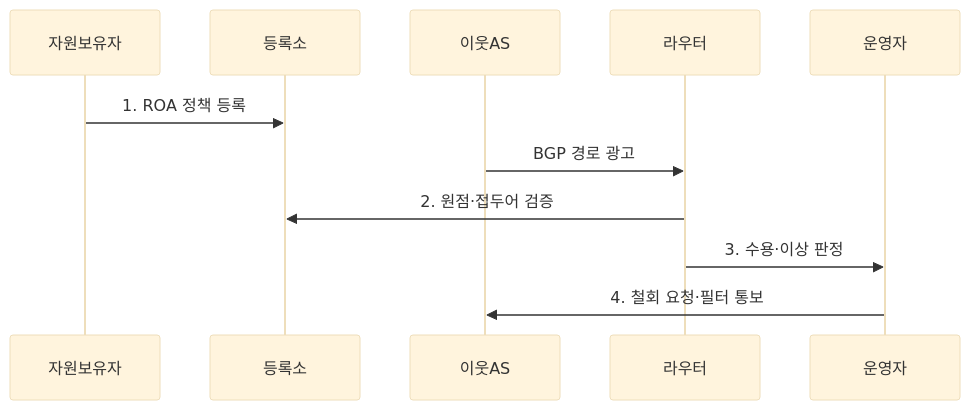
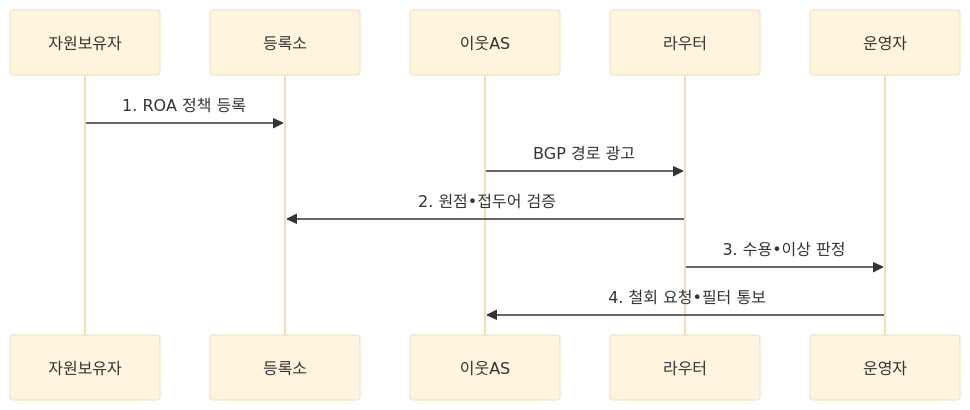
One commit to agnusdei1207/knowledge-base changed the second of 2 diagrams in src/content/docs/notes/04-network/110_bgp_hijacking_prevention.md. Above: the diagram before and after it, drawn with Mermaid (base theme). The commit also changed other lines of this file and 953 other files, not shown here.

````diff
--- a/src/content/docs/notes/04-network/110_bgp_hijacking_prevention.md
+++ b/src/content/docs/notes/04-network/110_bgp_hijacking_prevention.md
@@ -97,13 +97,13 @@
 ```mermaid
 sequenceDiagram
     participant 자원보유자
     participant 등록소
     participant 이웃AS
     participant 라우터
     participant 운영자
     자원보유자->>등록소: 1. ROA 정책 등록
     이웃AS->>라우터: BGP 경로 광고
-    라우터->>등록소: 2. 원점·접두어 검증
-    라우터->>운영자: 3. 수용·이상 판정
-    운영자->>이웃AS: 4. 철회 요청·필터 통보
+    라우터->>등록소: 2. 원점•접두어 검증
+    라우터->>운영자: 3. 수용•이상 판정
+    운영자->>이웃AS: 4. 철회 요청•필터 통보
 ```
````
